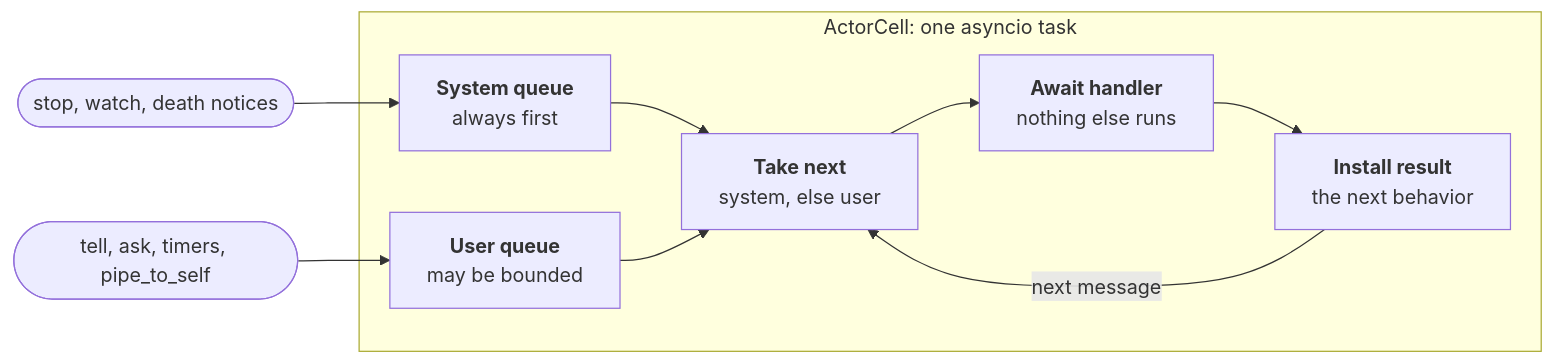
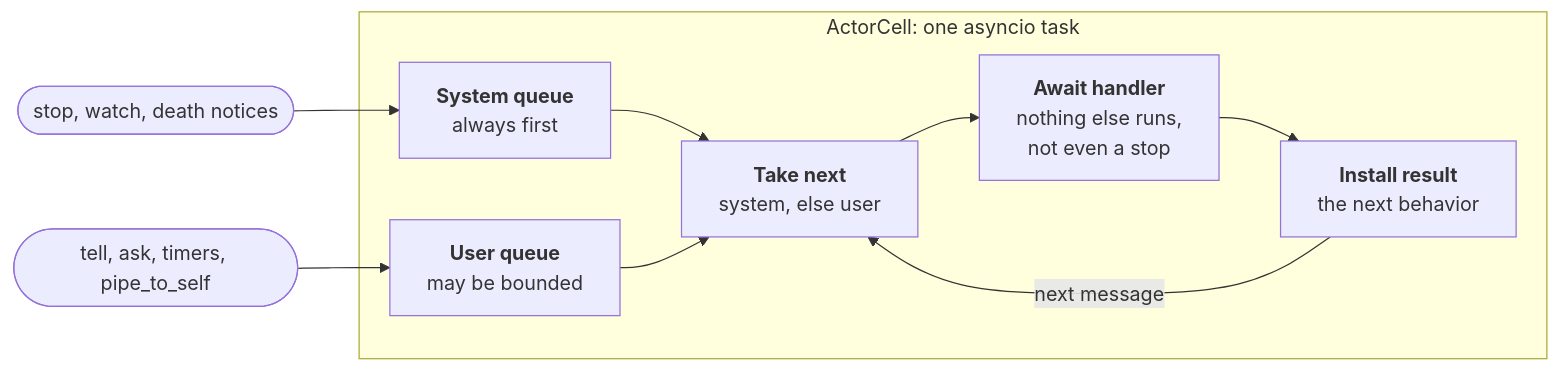
One commit to hanishi/ohra changed the second of 2 diagrams in docs/book/01-actors.md. Above: the diagram before and after it, drawn with Mermaid. The commit also changed other lines of this file and 4 other files, not shown here.

````diff
--- a/docs/book/01-actors.md
+++ b/docs/book/01-actors.md
@@ -118,12 +119,12 @@
 ```mermaid
 flowchart LR
   sysin(["stop, watch, death notices"]) --> sysq
   userin(["tell, ask, timers, pipe_to_self"]) --> userq
   subgraph cell["ActorCell: one asyncio task"]
     sysq["<b>System queue</b><br/>always first"] --> next
     userq["<b>User queue</b><br/>may be bounded"] --> next
-    next["<b>Take next</b><br/>system, else user"] --> handler["<b>Await handler</b><br/>nothing else runs"]
+    next["<b>Take next</b><br/>system, else user"] --> handler["<b>Await handler</b><br/>nothing else runs,<br/>not even a stop"]
     handler --> install["<b>Install result</b><br/>the next behavior"]
     install -- next message --> next
   end
 ```
````
